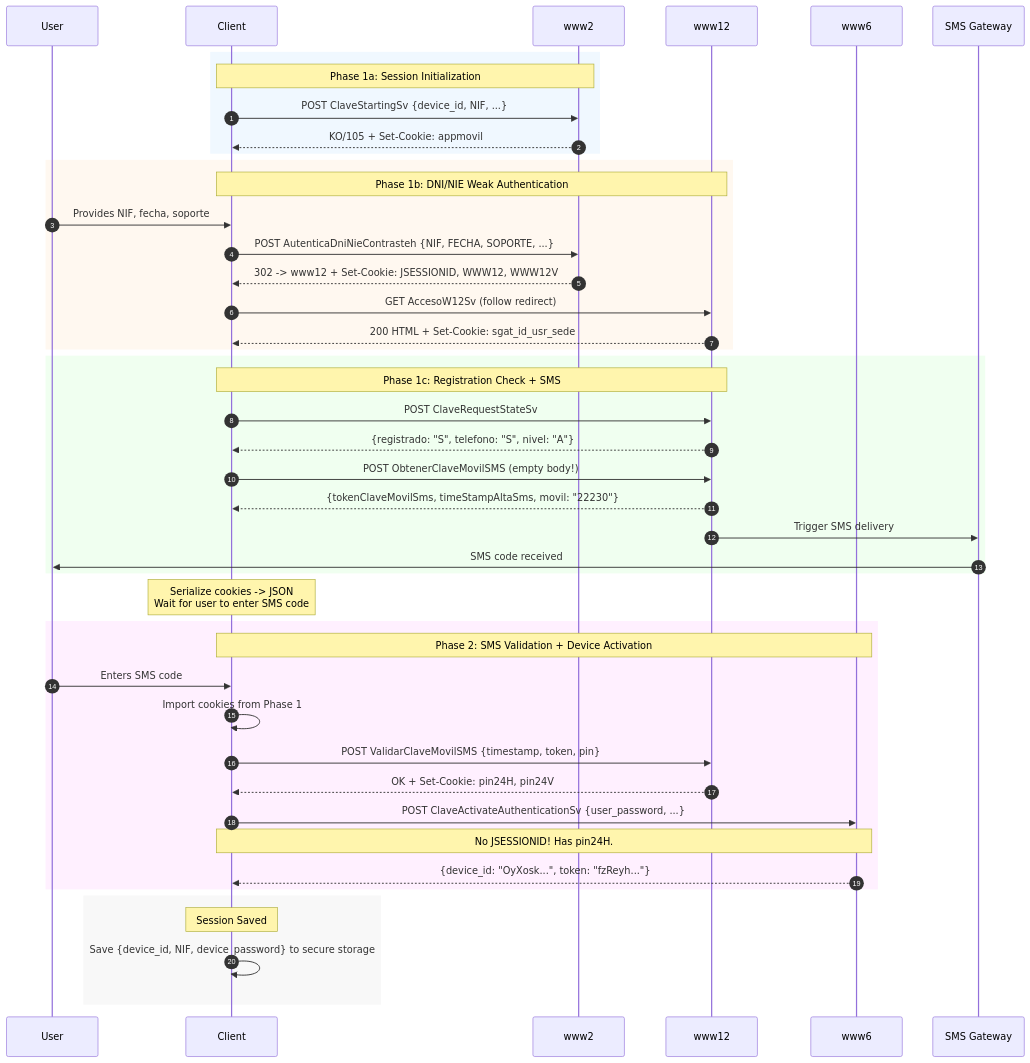
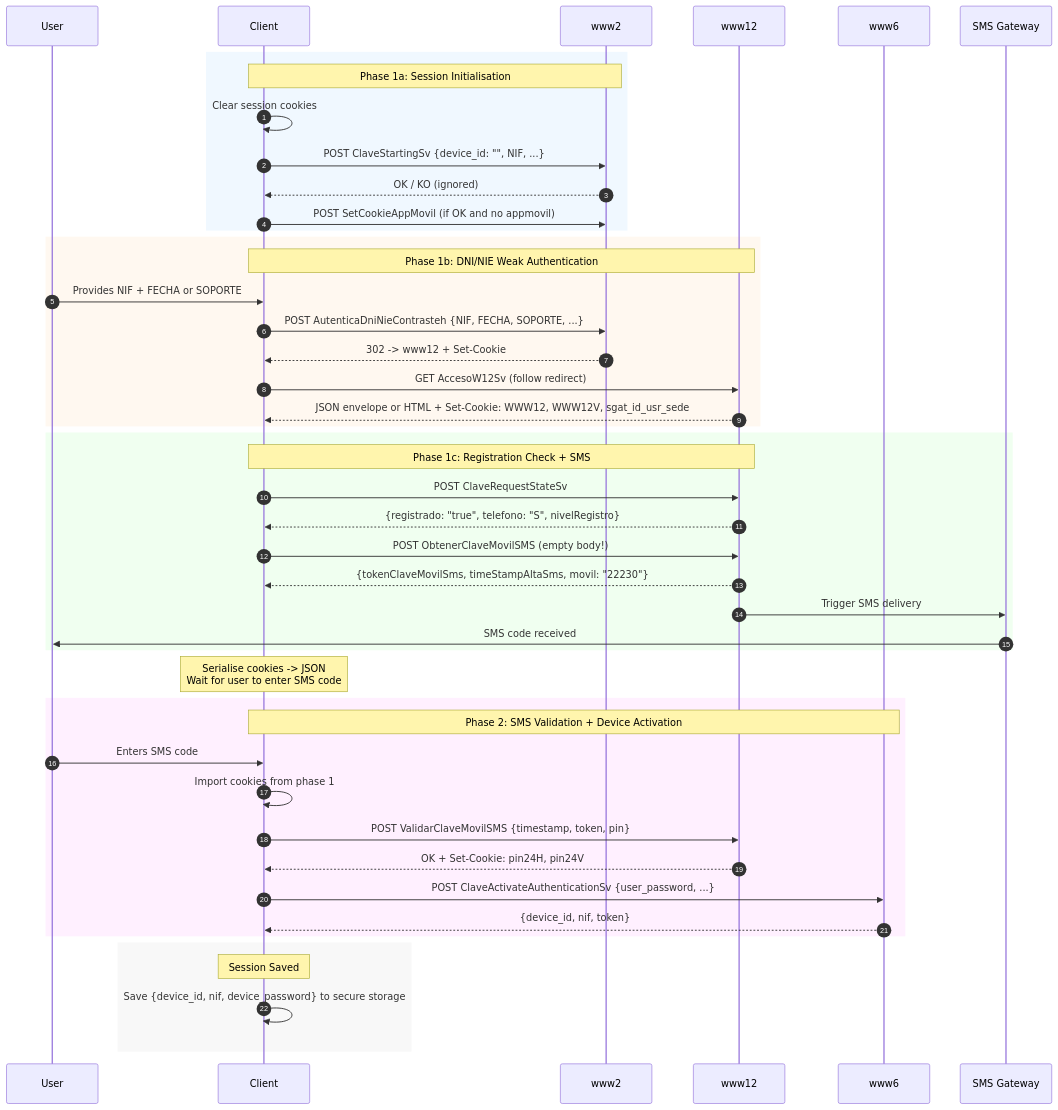
The third of 4 diagrams in book/src/authentication-flows/dni-nie-sms-activation.md (gabela-io/llave), drawn with Mermaid before and after one commit. The commit also changed other lines of this file and 27 other files, not shown here.

````diff
--- a/book/src/authentication-flows/dni-nie-sms-activation.md
+++ b/book/src/authentication-flows/dni-nie-sms-activation.md
@@ -99,53 +97,54 @@
 ```mermaid
 sequenceDiagram
     autonumber
     participant U as User
     participant C as Client
     participant W2 as www2
     participant W12 as www12
     participant W6 as www6
     participant SMS as SMS Gateway
 
     rect rgb(240, 248, 255)
-        Note over C,W2: Phase 1a: Session Initialization
-        C->>W2: POST ClaveStartingSv {device_id, NIF, ...}
-        W2-->>C: KO/105 + Set-Cookie: appmovil
+        Note over C,W2: Phase 1a: Session Initialisation
+        C->>C: Clear session cookies
+        C->>W2: POST ClaveStartingSv {device_id: "", NIF, ...}
+        W2-->>C: OK / KO (ignored)
+        C->>W2: POST SetCookieAppMovil (if OK and no appmovil)
     end
 
     rect rgb(255, 248, 240)
         Note over C,W12: Phase 1b: DNI/NIE Weak Authentication
-        U->>C: Provides NIF, fecha, soporte
+        U->>C: Provides NIF + FECHA or SOPORTE
         C->>W2: POST AutenticaDniNieContrasteh {NIF, FECHA, SOPORTE, ...}
-        W2-->>C: 302 -> www12 + Set-Cookie: JSESSIONID, WWW12, WWW12V
+        W2-->>C: 302 -> www12 + Set-Cookie
         C->>W12: GET AccesoW12Sv (follow redirect)
-        W12-->>C: 200 HTML + Set-Cookie: sgat_id_usr_sede
+        W12-->>C: JSON envelope or HTML + Set-Cookie: WWW12, WWW12V, sgat_id_usr_sede
     end
 
     rect rgb(240, 255, 240)
         Note over C,W12: Phase 1c: Registration Check + SMS
         C->>W12: POST ClaveRequestStateSv
-        W12-->>C: {registrado: "S", telefono: "S", nivel: "A"}
+        W12-->>C: {registrado: "true", telefono: "S", nivelRegistro}
         C->>W12: POST ObtenerClaveMovilSMS (empty body!)
         W12-->>C: {tokenClaveMovilSms, timeStampAltaSms, movil: "22230"}
         W12->>SMS: Trigger SMS delivery
         SMS->>U: SMS code received
     end
 
-    Note over C: Serialize cookies -> JSON<br/>Wait for user to enter SMS code
+    Note over C: Serialise cookies -> JSON<br/>Wait for user to enter SMS code
 
     rect rgb(255, 240, 255)
         Note over C,W6: Phase 2: SMS Validation + Device Activation
         U->>C: Enters SMS code
-        C->>C: Import cookies from Phase 1
+        C->>C: Import cookies from phase 1
         C->>W12: POST ValidarClaveMovilSMS {timestamp, token, pin}
         W12-->>C: OK + Set-Cookie: pin24H, pin24V
         C->>W6: POST ClaveActivateAuthenticationSv {user_password, ...}
-        Note over C,W6: No JSESSIONID! Has pin24H.
-        W6-->>C: {device_id: "OyXosk...", token: "fzReyh..."}
+        W6-->>C: {device_id, nif, token}
     end
 
     rect rgb(248, 248, 248)
         Note over C: Session Saved
-        C->>C: Save {device_id, NIF, device_password} to secure storage
+        C->>C: Save {device_id, nif, device_password} to secure storage
     end
 ```
````
